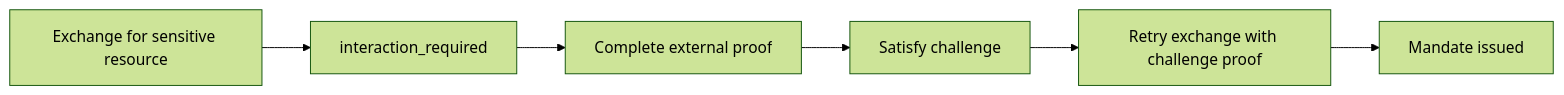
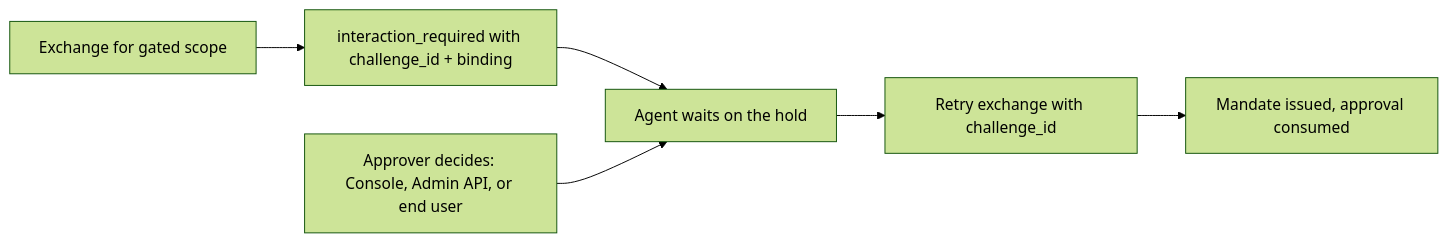
Before and after one commit to Garudex-Labs/caracal: the diagram in docs/src/content/docs/guides/step-up.mdx, drawn with Mermaid (forest theme). The commit also changed other lines of this file and 3 other files, not shown here.

````diff
--- a/docs/src/content/docs/guides/step-up.mdx
+++ b/docs/src/content/docs/guides/step-up.mdx
@@ -10,8 +10,8 @@
 ```mermaid
 flowchart LR
-  Exchange["Exchange for sensitive resource"] --> Error["interaction_required"]
-  Error --> Proof["Complete external proof"]
-  Proof --> Satisfy["Satisfy challenge"]
-  Satisfy --> Retry["Retry exchange with challenge proof"]
-  Retry --> Mandate["Mandate issued"]
+  Exchange["Exchange for gated scope"] --> Hold["interaction_required with challenge_id + binding"]
+  Hold --> Wait["Agent waits on the hold"]
+  Decide["Approver decides: Console, Admin API, or end user"] --> Wait
+  Wait --> Retry["Retry exchange with challenge_id"]
+  Retry --> Mandate["Mandate issued, approval consumed"]
 ```
````
